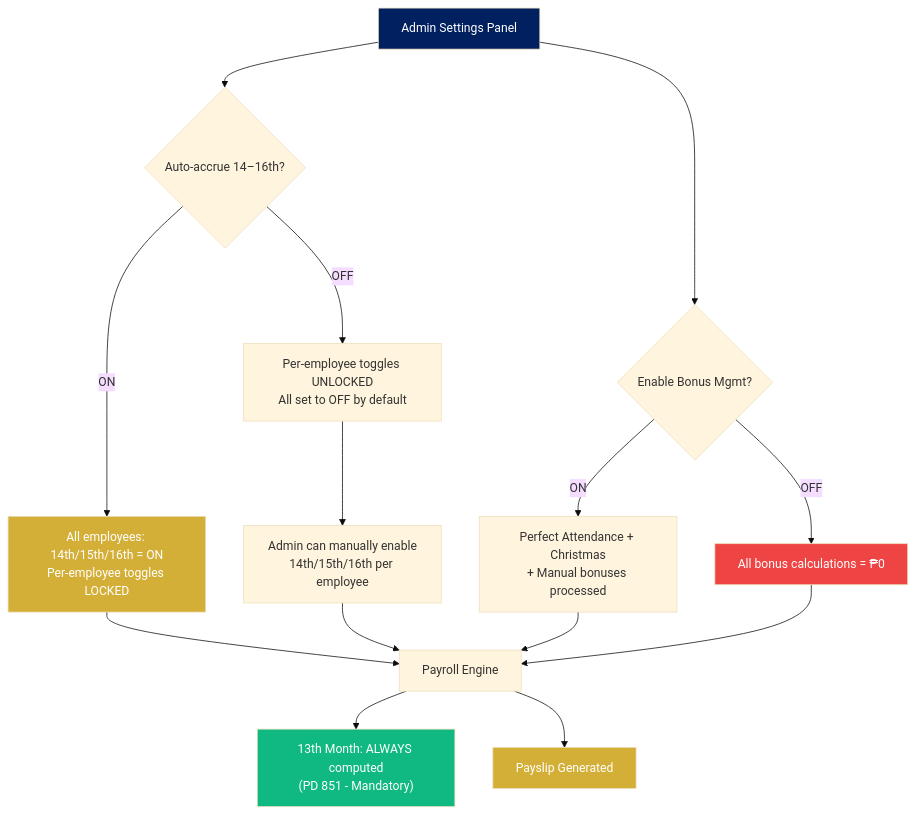
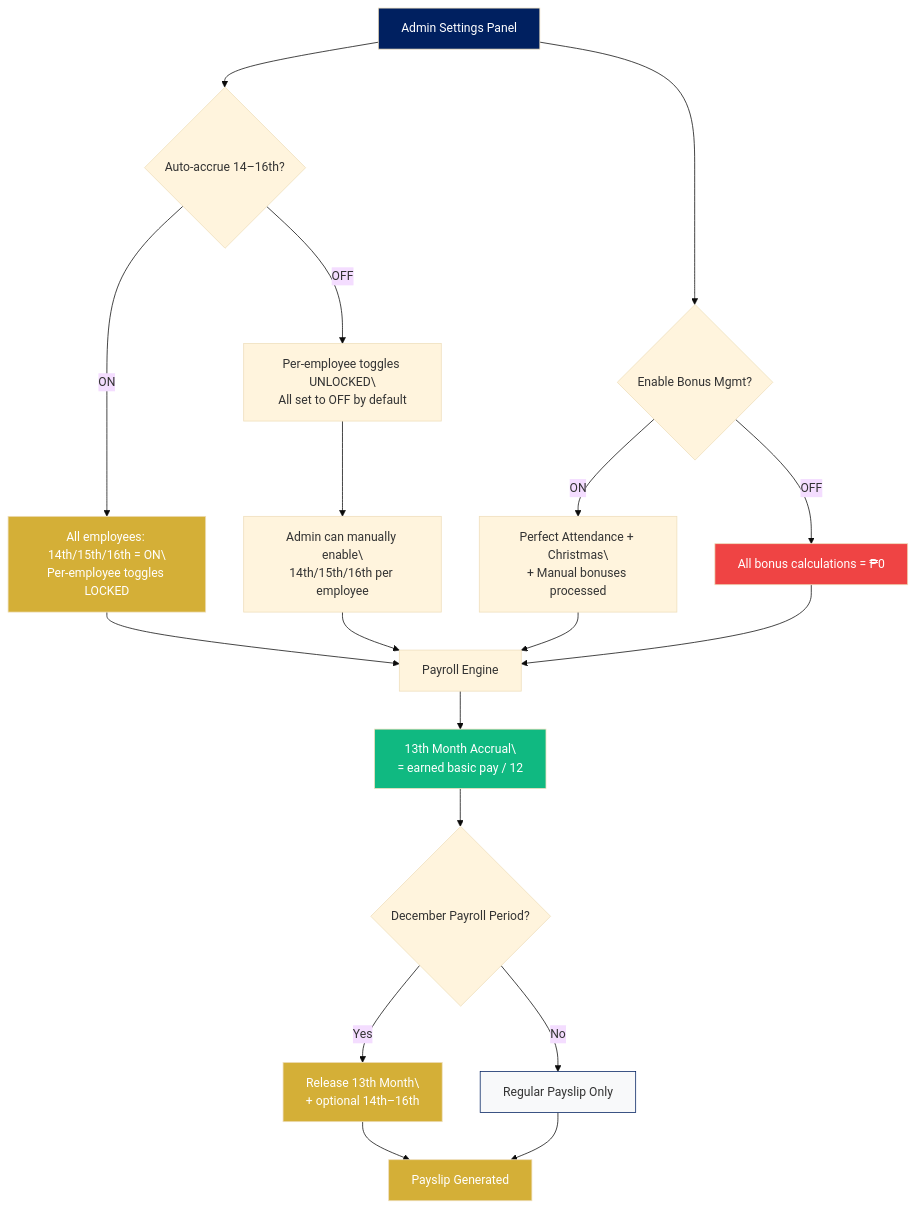
The tenth of 13 diagrams in README.md (binssente-crypto/PAYROLL-DOCUMENTATION), drawn with Mermaid (base theme) before and after one commit. The commit also changed other lines of this file, not shown here.

````diff
--- a/README.md
+++ b/README.md
@@ -421,27 +427,33 @@
 ```mermaid
 flowchart TD
     CFG[Admin Settings Panel] --> A13{Auto-accrue 14–16th?}
     
-    A13 -- ON --> LOCK["All employees: 14th/15th/16th = ON<br/>Per-employee toggles LOCKED"]
-    A13 -- OFF --> MANUAL["Per-employee toggles UNLOCKED<br/>All set to OFF by default"]
-    MANUAL --> ADMIN["Admin can manually enable<br/>14th/15th/16th per employee"]
+    A13 -- ON --> LOCK["All employees: 14th/15th/16th = ON\\nPer-employee toggles LOCKED"]
+    A13 -- OFF --> MANUAL["Per-employee toggles UNLOCKED\\nAll set to OFF by default"]
+    MANUAL --> ADMIN["Admin can manually enable\\n14th/15th/16th per employee"]
     
     LOCK --> ENGINE[Payroll Engine]
     ADMIN --> ENGINE
     
     CFG --> BONUS{Enable Bonus Mgmt?}
-    BONUS -- ON --> BPROC["Perfect Attendance + Christmas<br/>+ Manual bonuses processed"]
+    BONUS -- ON --> BPROC["Perfect Attendance + Christmas\\n+ Manual bonuses processed"]
     BONUS -- OFF --> BSKIP["All bonus calculations = ₱0"]
     
     BPROC --> ENGINE
     BSKIP --> ENGINE
     
-    ENGINE --> MANDATORY["13th Month: ALWAYS computed<br/>(PD 851 - Mandatory)"]
-    ENGINE --> SLIP[Payslip Generated]
+    ENGINE --> ACCRUAL["13th Month Accrual\\n= earned basic pay / 12"]
+    ACCRUAL --> DEC{December Payroll Period?}
+    DEC -- Yes --> RELEASE["Release 13th Month\\n+ optional 14th–16th"]
+    DEC -- No --> HOLD[Regular Payslip Only]
+    RELEASE --> SLIP[Payslip Generated]
+    HOLD --> SLIP
 
     style CFG fill:#002060,color:#fff
-    style MANDATORY fill:#10b981,color:#fff
+    style ACCRUAL fill:#10b981,color:#fff
+    style RELEASE fill:#D4AF37,color:#fff
     style LOCK fill:#D4AF37,color:#fff
     style SLIP fill:#D4AF37,color:#fff
     style BSKIP fill:#ef4444,color:#fff
+    style HOLD fill:#f8f9fa,stroke:#002060
 ```
````
